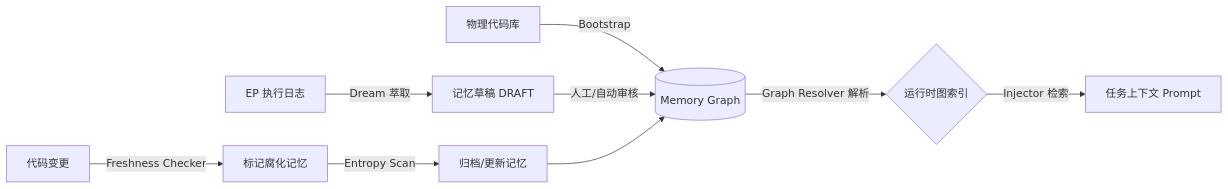
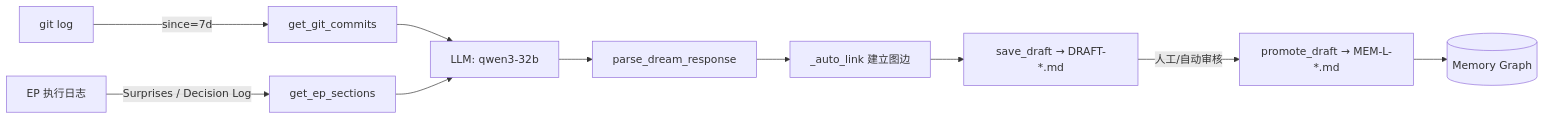
Before and after one commit to allengaoo/mms: the second of 3 diagrams in src/mms/memory/mem_readme.md, drawn with Mermaid. The commit also changed other lines of this file and 4 other files, not shown here.

````diff
--- a/src/mms/memory/mem_readme.md
+++ b/src/mms/memory/mem_readme.md
@@ -70,13 +251,12 @@
 ```mermaid
 graph LR
-    A[物理代码库] -->|Bootstrap| B[(Memory Graph)]
-    C[EP 执行日志] -->|Dream 萃取| D[记忆草稿 DRAFT]
-    D -->|人工/自动审核| B
-    
-    B -->|Graph Resolver 解析| E{运行时图索引}
-    E -->|Injector 检索| F[任务上下文 Prompt]
-    
-    G[代码变更] -->|Freshness Checker| H[标记腐化记忆]
-    H -->|Entropy Scan| I[归档/更新记忆]
-    I --> B
+    A[git log] -->|since=7d| B[get_git_commits]
+    C[EP 执行日志] -->|Surprises / Decision Log| D[get_ep_sections]
+    B --> E[LLM: qwen3-32b]
+    D --> E
+    E --> F[parse_dream_response]
+    F --> G[_auto_link 建立图边]
+    G --> H[save_draft → DRAFT-*.md]
+    H -->|人工/自动审核| I[promote_draft → MEM-L-*.md]
+    I --> J[(Memory Graph)]
 ```
````
